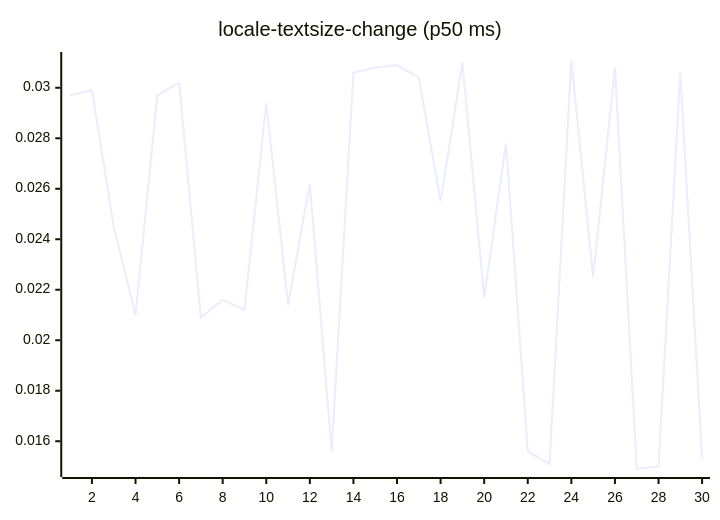
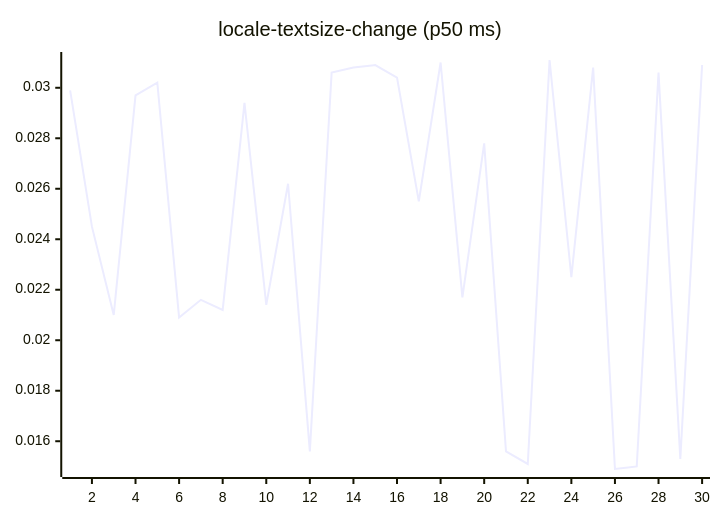
Diagram 13 of 27 in README.md (josha/Facet), drawn with Mermaid before and after one commit. The commit also changed other lines of this file and 2 other files, not shown here.

````diff
--- a/README.md
+++ b/README.md
@@ -147,6 +147,6 @@
 ```mermaid
 xychart-beta
     title "locale-textsize-change (p50 ms)"
     x-axis 1 --> 30
-    line [0.0297, 0.0299, 0.0245, 0.0210, 0.0297, 0.0302, 0.0209, 0.0216, 0.0212, 0.0294, 0.0214, 0.0262, 0.0156, 0.0306, 0.0308, 0.0309, 0.0304, 0.0255, 0.0310, 0.0217, 0.0278, 0.0156, 0.0151, 0.0311, 0.0225, 0.0308, 0.0149, 0.0150, 0.0306, 0.0153]
+    line [0.0299, 0.0245, 0.0210, 0.0297, 0.0302, 0.0209, 0.0216, 0.0212, 0.0294, 0.0214, 0.0262, 0.0156, 0.0306, 0.0308, 0.0309, 0.0304, 0.0255, 0.0310, 0.0217, 0.0278, 0.0156, 0.0151, 0.0311, 0.0225, 0.0308, 0.0149, 0.0150, 0.0306, 0.0153, 0.0309]
 ```
````
